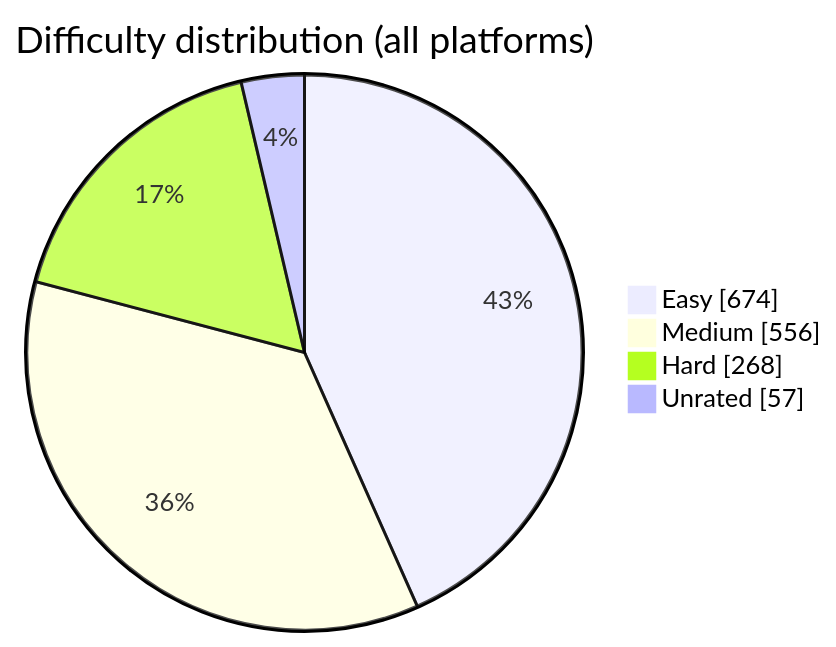
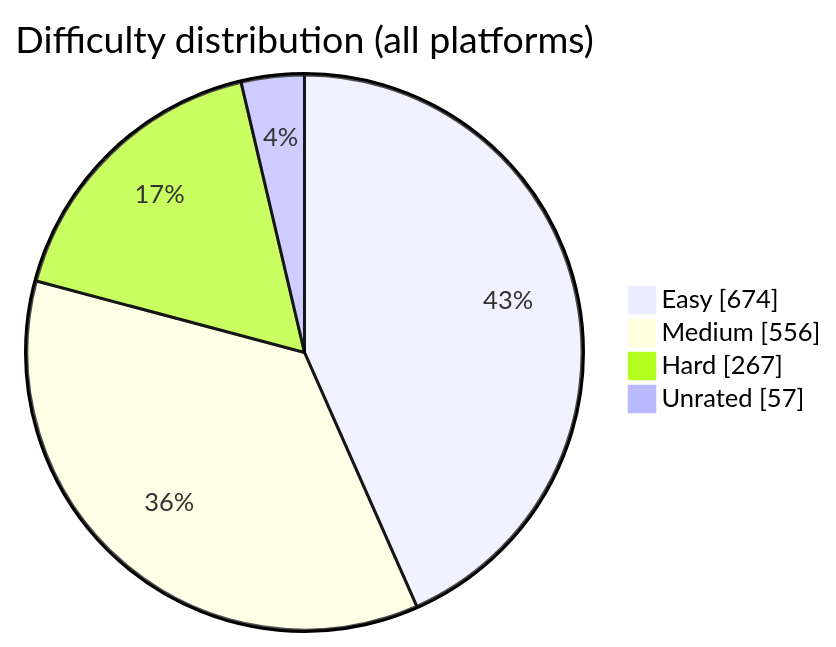
The diagram in README.md (BuildbyArindam/Daily-Coding-Log), drawn with Mermaid before and after one commit. The commit also changed other lines of this file, not shown here.

````diff
--- a/README.md
+++ b/README.md
@@ -93,7 +93,7 @@
 ```mermaid
 pie showData title Difficulty distribution (all platforms)
     "Easy" : 674
     "Medium" : 556
-    "Hard" : 268
+    "Hard" : 267
     "Unrated" : 57
 ```
````
